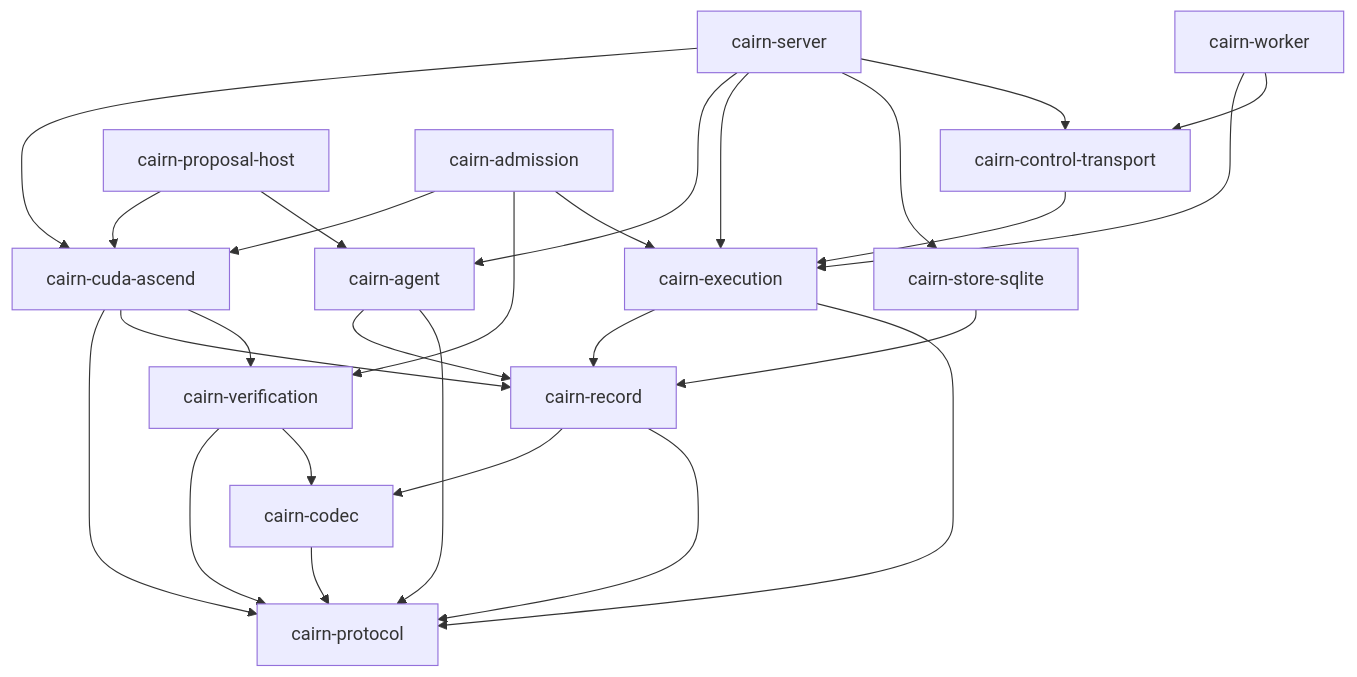
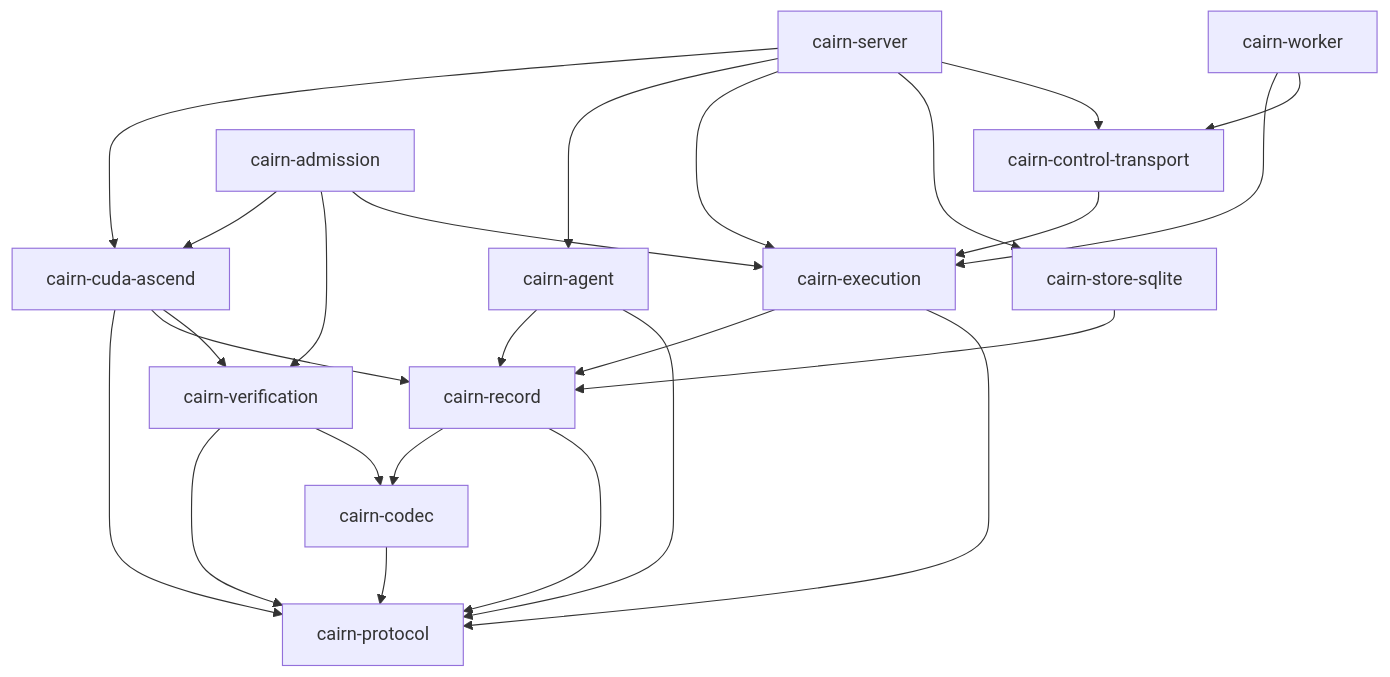
Before and after one commit to ascendresearch/cairn: the diagram in docs/design/CODE_ORGANIZATION.md, drawn with Mermaid. The commit also changed other lines of this file and 71 other files, not shown here.

````diff
--- a/docs/design/CODE_ORGANIZATION.md
+++ b/docs/design/CODE_ORGANIZATION.md
@@ -406,43 +368,40 @@
 ```mermaid
 flowchart TD
     protocol["cairn-protocol"]
     codec["cairn-codec"]
     record["cairn-record"]
     agent["cairn-agent"]
     execution["cairn-execution"]
     verification["cairn-verification"]
     product["cairn-cuda-ascend"]
     sqlite["cairn-store-sqlite"]
     transport["cairn-control-transport"]
     server["cairn-server"]
-    proposal["cairn-proposal-host"]
     admission["cairn-admission"]
     worker["cairn-worker"]
 
     codec --> protocol
     record --> codec
     record --> protocol
     agent --> record
     agent --> protocol
     execution --> record
     execution --> protocol
     verification --> protocol
     verification --> codec
     product --> protocol
     product --> record
     product --> verification
     sqlite --> record
     transport --> execution
     server --> product
     server --> agent
     server --> execution
     server --> sqlite
     server --> transport
-    proposal --> product
-    proposal --> agent
     admission --> product
     admission --> verification
     admission --> execution
     worker --> execution
     worker --> transport
 ```
````
